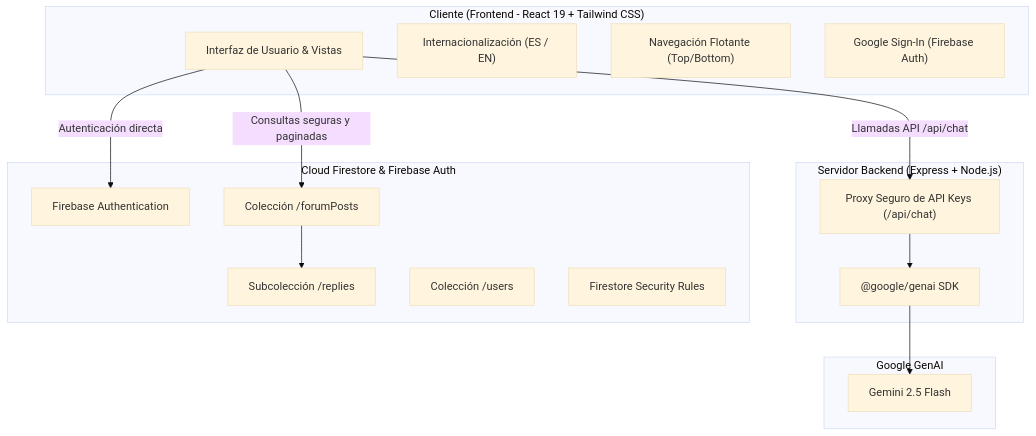
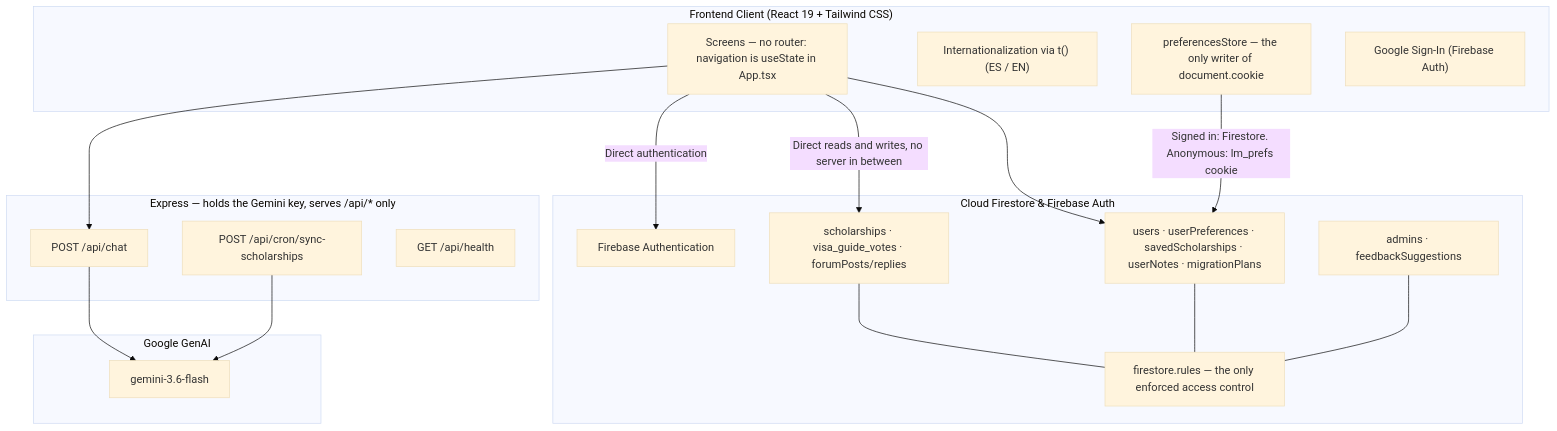
One commit to ana-izaguirre/latino-migra changed the diagram in README.md. Above: the diagram before and after it, drawn with Mermaid (base theme). The commit also changed other lines of this file and 3 other files, not shown here.

````diff
--- a/README.md
+++ b/README.md
@@ -33,33 +55,38 @@
 ```mermaid
 graph TD
-    subgraph Client["Cliente (Frontend - React 19 + Tailwind CSS)"]
-        UI["Interfaz de Usuario & Vistas"]
-        i18n["Internacionalización (ES / EN)"]
-        ScrollNav["Navegación Flotante (Top/Bottom)"]
+    subgraph Client["Frontend Client (React 19 + Tailwind CSS)"]
+        UI["Screens — no router: navigation is useState in App.tsx"]
+        i18n["Internationalization via t() (ES / EN)"]
+        Prefs["preferencesStore — the only writer of document.cookie"]
         AuthUI["Google Sign-In (Firebase Auth)"]
     end
 
-    subgraph Server["Servidor Backend (Express + Node.js)"]
-        Proxy["Proxy Seguro de API Keys (/api/chat)"]
-        GeminiSDK["@google/genai SDK"]
+    subgraph Server["Express — holds the Gemini key, serves /api/* only"]
+        Chat["POST /api/chat"]
+        Cron["POST /api/cron/sync-scholarships"]
+        Health["GET /api/health"]
     end
 
     subgraph FirebaseCloud["Cloud Firestore & Firebase Auth"]
         AuthService["Firebase Authentication"]
-        PostsCol["Colección /forumPosts"]
-        RepliesSub["Subcolección /replies"]
-        UsersCol["Colección /users"]
-        Rules["Firestore Security Rules"]
+        Content["scholarships · visa_guide_votes · forumPosts/replies"]
+        UserData["users · userPreferences · savedScholarships · userNotes · migrationPlans"]
+        Ops["admins · feedbackSuggestions"]
+        Rules["firestore.rules — the only enforced access control"]
     end
 
     subgraph AI["Google GenAI"]
-        GeminiModel["Gemini 2.5 Flash"]
+        GeminiModel["gemini-3.6-flash"]
     end
 
-    UI -->|Llamadas API /api/chat| Proxy
-    UI -->|Autenticación directa| AuthService
-    UI -->|Consultas seguras y paginadas| PostsCol
-    PostsCol --> RepliesSub
-    Proxy --> GeminiSDK
-    GeminiSDK --> GeminiModel
+    UI --> Chat
+    UI -->|Direct authentication| AuthService
+    UI -->|Direct reads and writes, no server in between| Content
+    UI --> UserData
+    Prefs -->|Signed in: Firestore. Anonymous: lm_prefs cookie| UserData
+    Content --- Rules
+    UserData --- Rules
+    Ops --- Rules
+    Chat --> GeminiModel
+    Cron --> GeminiModel
 ```
````
